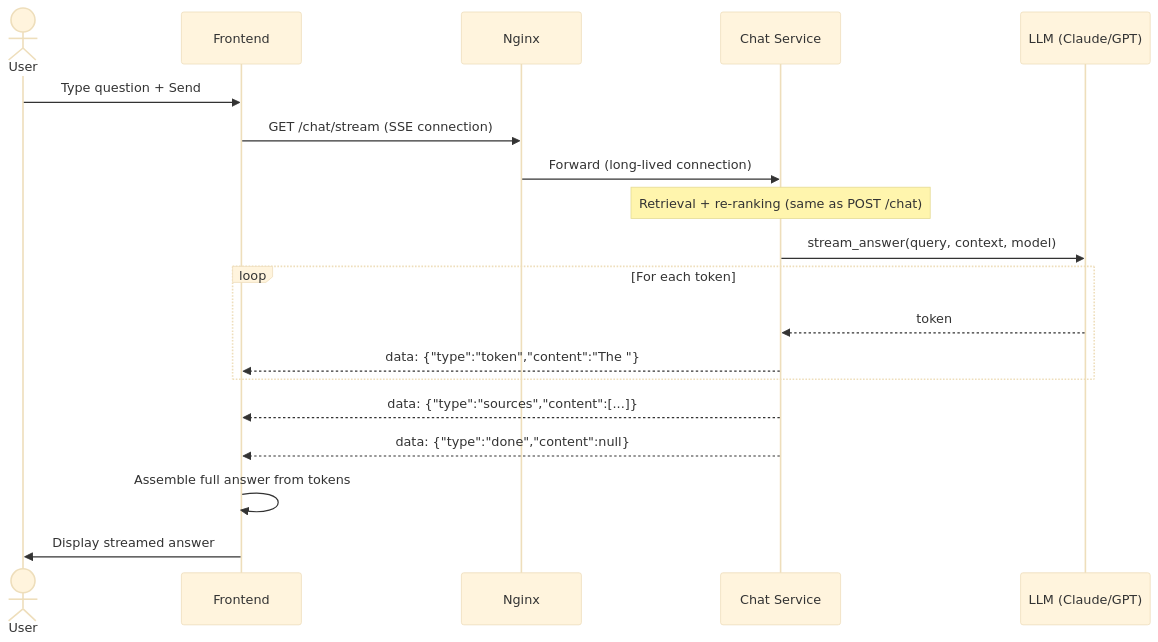
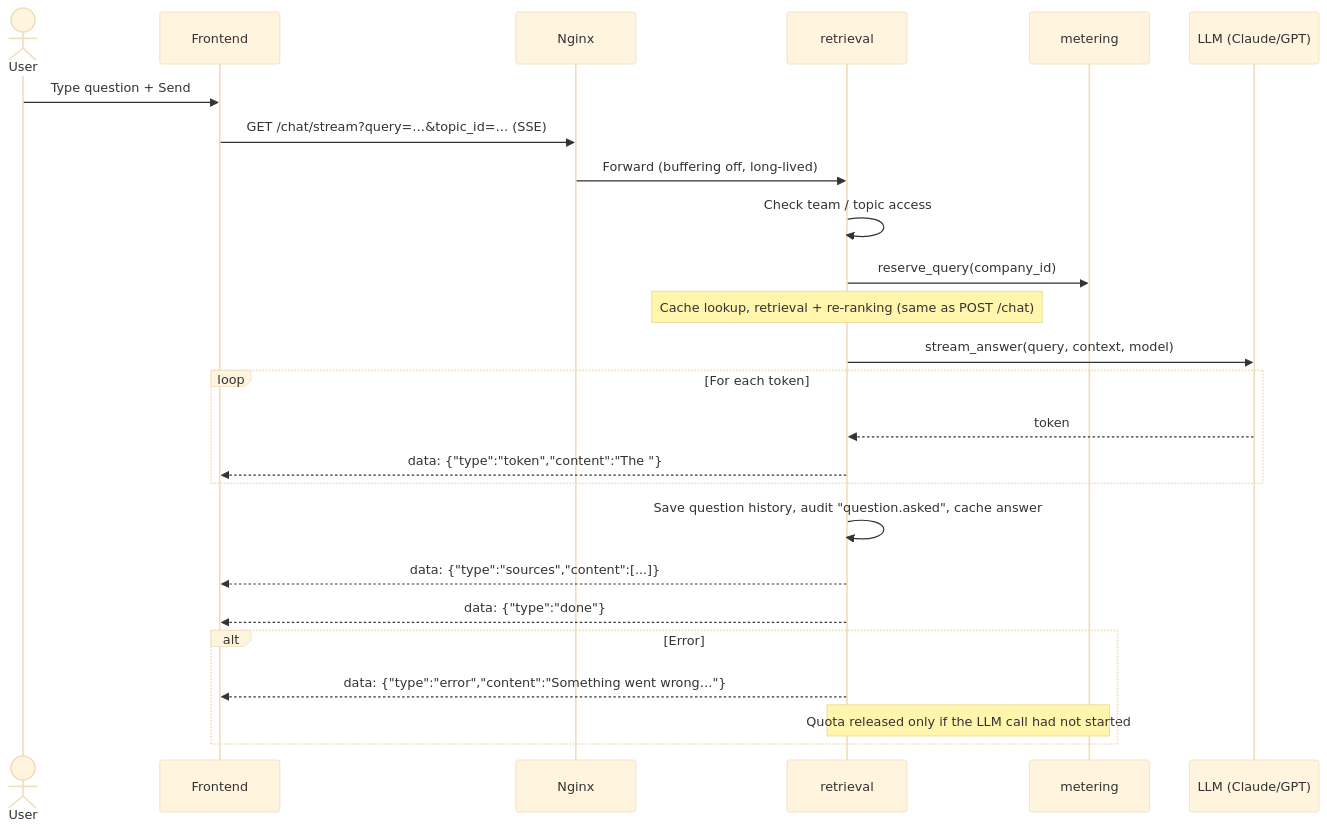
Before and after one commit to yavorm-tech/query-prism: the fifth of 7 diagrams in docs/diagrams/sequence-diagrams.md, drawn with Mermaid (base theme). The commit also changed other lines of this file and 15 other files, not shown here.

````diff
--- a/docs/diagrams/sequence-diagrams.md
+++ b/docs/diagrams/sequence-diagrams.md
@@ -194,27 +197,33 @@
 ```mermaid
 sequenceDiagram
     actor User
     participant Frontend
     participant Nginx
-    participant ChatSvc as Chat Service
+    participant Retrieval as retrieval
+    participant Metering as metering
     participant LLM as LLM (Claude/GPT)
 
     User->>Frontend: Type question + Send
-    Frontend->>Nginx: GET /chat/stream (SSE connection)
-    Nginx->>ChatSvc: Forward (long-lived connection)
+    Frontend->>Nginx: GET /chat/stream?query=…&topic_id=… (SSE)
+    Nginx->>Retrieval: Forward (buffering off, long-lived)
 
-    Note over ChatSvc: Retrieval + re-ranking (same as POST /chat)
+    Retrieval->>Retrieval: Check team / topic access
+    Retrieval->>Metering: reserve_query(company_id)
 
-    ChatSvc->>LLM: stream_answer(query, context, model)
+    Note over Retrieval: Cache lookup, retrieval + re-ranking (same as POST /chat)
 
+    Retrieval->>LLM: stream_answer(query, context, model)
     loop For each token
-        LLM-->>ChatSvc: token
-        ChatSvc-->>Frontend: data: {"type":"token","content":"The "}
+        LLM-->>Retrieval: token
+        Retrieval-->>Frontend: data: {"type":"token","content":"The "}
     end
 
-    ChatSvc-->>Frontend: data: {"type":"sources","content":[...]}
-    ChatSvc-->>Frontend: data: {"type":"done","content":null}
+    Retrieval->>Retrieval: Save question history, audit "question.asked", cache answer
+    Retrieval-->>Frontend: data: {"type":"sources","content":[...]}
+    Retrieval-->>Frontend: data: {"type":"done"}
 
-    Frontend->>Frontend: Assemble full answer from tokens
-    Frontend->>User: Display streamed answer
+    alt Error
+        Retrieval-->>Frontend: data: {"type":"error","content":"Something went wrong…"}
+        Note over Retrieval,Metering: Quota released only if the LLM call had not started
+    end
 ```
````
